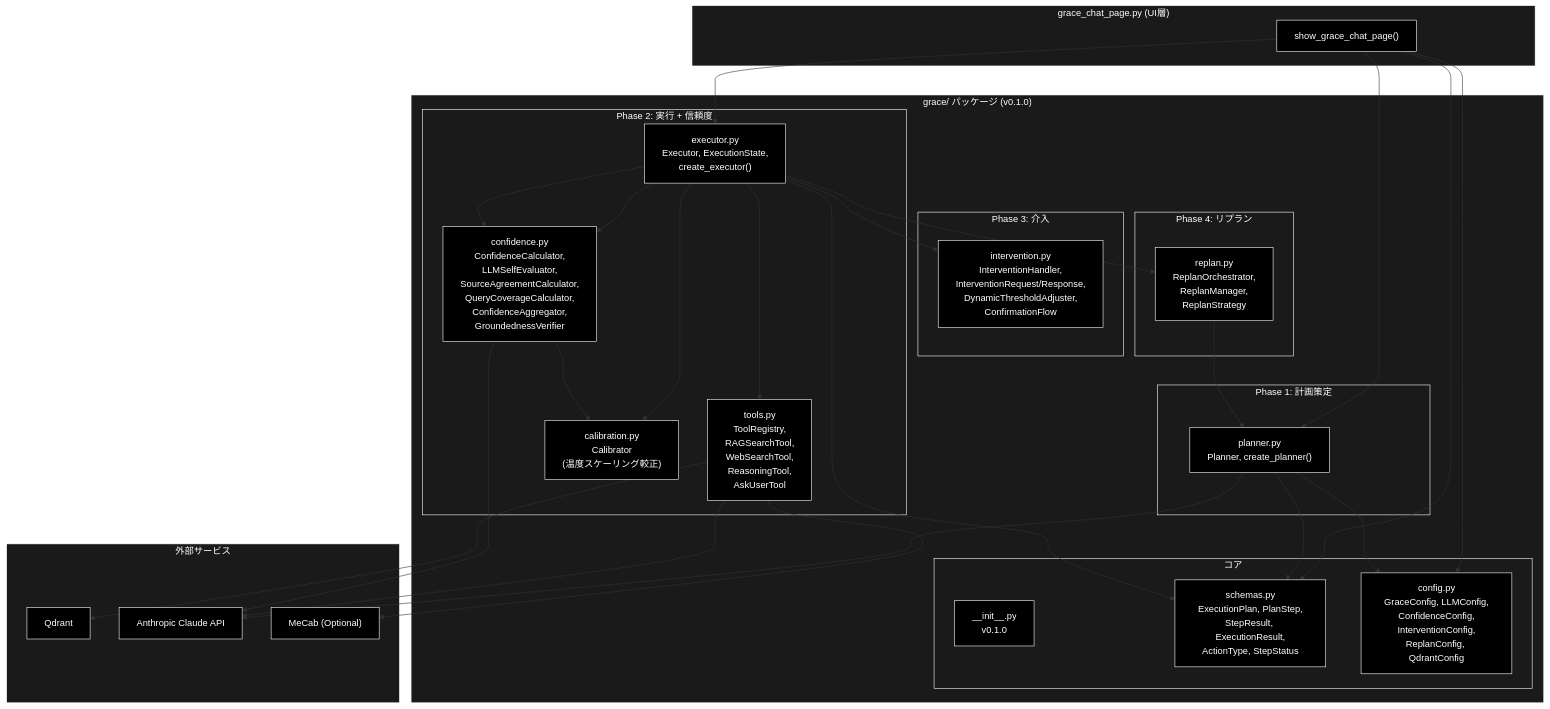
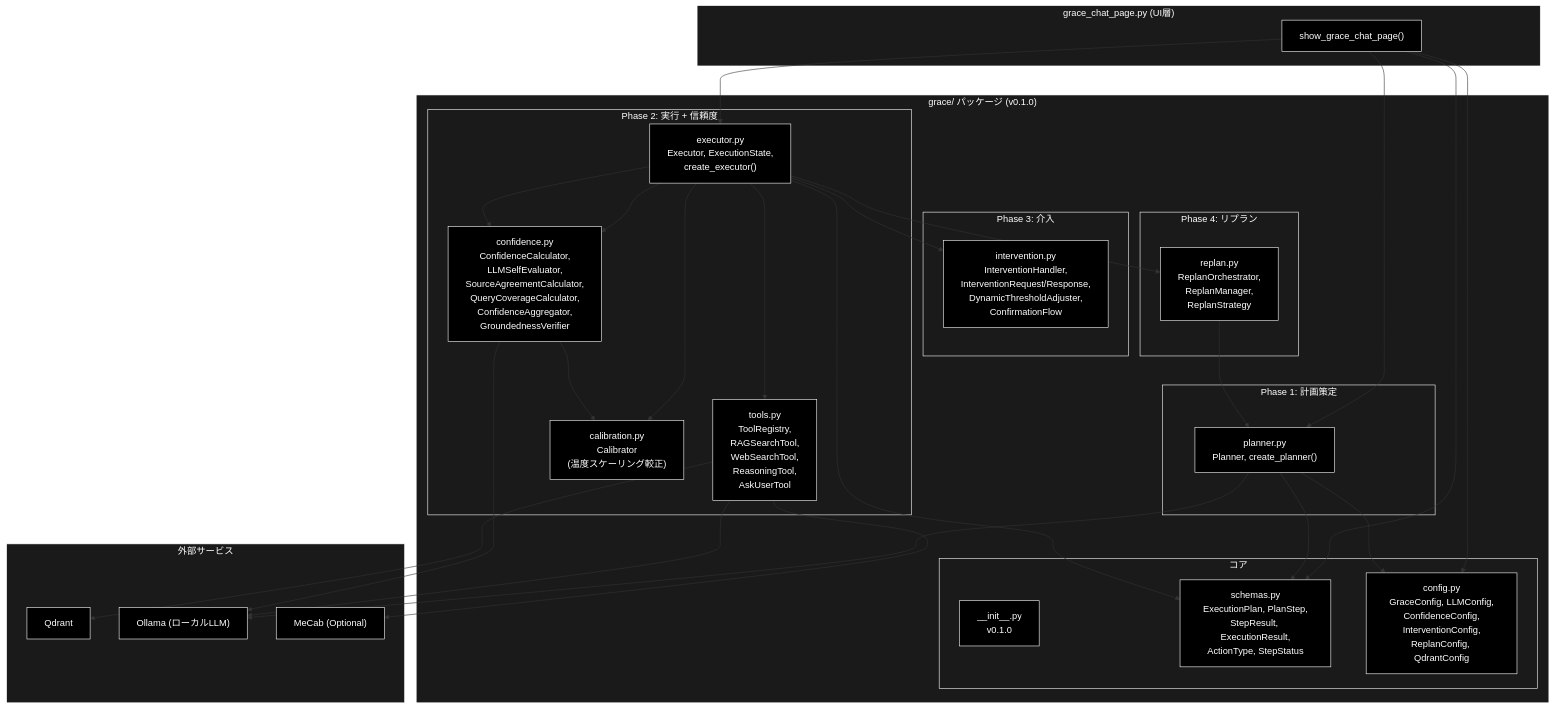
Before and after one commit to nakashima2toshio/ollama_grace_agent_v2: the ninth of 13 diagrams in readme_autonomous_agent.md, drawn with Mermaid. The commit also changed other lines of this file and 5 other files, not shown here.

First line of the commit message:
docs(readme): Ollama ネイティブ化（README*.md の Anthropic/Gemini/OpenAI 表記を統一）

````diff
--- a/readme_autonomous_agent.md
+++ b/readme_autonomous_agent.md
@@ -1137,75 +1138,75 @@
 ```mermaid
 flowchart TB
     subgraph UI["grace_chat_page.py (UI層)"]
         Page["show_grace_chat_page()"]
     end
 
     subgraph GracePackage["grace/ パッケージ (v0.1.0)"]
         subgraph Core["コア"]
             Init["__init__.py<br/>v0.1.0"]
             Schemas["schemas.py<br/>ExecutionPlan, PlanStep,<br/>StepResult, ExecutionResult,<br/>ActionType, StepStatus"]
             Config["config.py<br/>GraceConfig, LLMConfig,<br/>ConfidenceConfig,<br/>InterventionConfig,<br/>ReplanConfig, QdrantConfig"]
         end
 
         subgraph Phase1["Phase 1: 計画策定"]
             PlannerMod["planner.py<br/>Planner, create_planner()"]
         end
 
         subgraph Phase2["Phase 2: 実行 + 信頼度"]
             ExecutorMod["executor.py<br/>Executor, ExecutionState,<br/>create_executor()"]
             ToolsMod["tools.py<br/>ToolRegistry,<br/>RAGSearchTool,<br/>WebSearchTool,<br/>ReasoningTool,<br/>AskUserTool"]
             ConfMod["confidence.py<br/>ConfidenceCalculator,<br/>LLMSelfEvaluator,<br/>SourceAgreementCalculator,<br/>QueryCoverageCalculator,<br/>ConfidenceAggregator,<br/>GroundednessVerifier"]
             CalibMod["calibration.py<br/>Calibrator<br/>(温度スケーリング較正)"]
         end
 
         subgraph Phase3["Phase 3: 介入"]
             IntervMod["intervention.py<br/>InterventionHandler,<br/>InterventionRequest/Response,<br/>DynamicThresholdAdjuster,<br/>ConfirmationFlow"]
         end
 
         subgraph Phase4["Phase 4: リプラン"]
             ReplanMod["replan.py<br/>ReplanOrchestrator,<br/>ReplanManager,<br/>ReplanStrategy"]
         end
     end
 
     subgraph External["外部サービス"]
         Qdrant["Qdrant"]
-        Claude["Anthropic Claude API"]
+        Claude["Ollama (ローカルLLM)"]
         MeCab["MeCab (Optional)"]
     end
 
     Page --> PlannerMod
     Page --> ExecutorMod
     Page --> Schemas
     Page --> Config
 
     PlannerMod --> Schemas
     PlannerMod --> Config
     PlannerMod --> Claude
 
     ExecutorMod --> ToolsMod
     ExecutorMod --> ConfMod
     ExecutorMod --> IntervMod
     ExecutorMod --> ReplanMod
     ExecutorMod --> Schemas
 
     ToolsMod --> Qdrant
     ToolsMod --> Claude
     ToolsMod --> MeCab
 
     ConfMod --> Claude
     ExecutorMod --> ConfMod
     ExecutorMod --> CalibMod
     ConfMod --> CalibMod
     ReplanMod --> PlannerMod
 classDef default fill:#000,stroke:#fff,color:#fff
 classDef subgraphStyle fill:#1a1a1a,stroke:#fff,color:#fff
 class API,CalibMod,Claude,ConfMod,Config,ExecutorMod,Init,IntervMod,MeCab,Page,PlannerMod,Qdrant,QdrantConfig,ReplanMod,Schemas,StepStatus,ToolsMod,create_planner default
 style UI fill:#1a1a1a,stroke:#fff,color:#fff
 style GracePackage fill:#1a1a1a,stroke:#fff,color:#fff
 style Core fill:#1a1a1a,stroke:#fff,color:#fff
 style Phase1 fill:#1a1a1a,stroke:#fff,color:#fff
 style Phase2 fill:#1a1a1a,stroke:#fff,color:#fff
 style Phase3 fill:#1a1a1a,stroke:#fff,color:#fff
 style Phase4 fill:#1a1a1a,stroke:#fff,color:#fff
 style External fill:#1a1a1a,stroke:#fff,color:#fff
 ```
````
